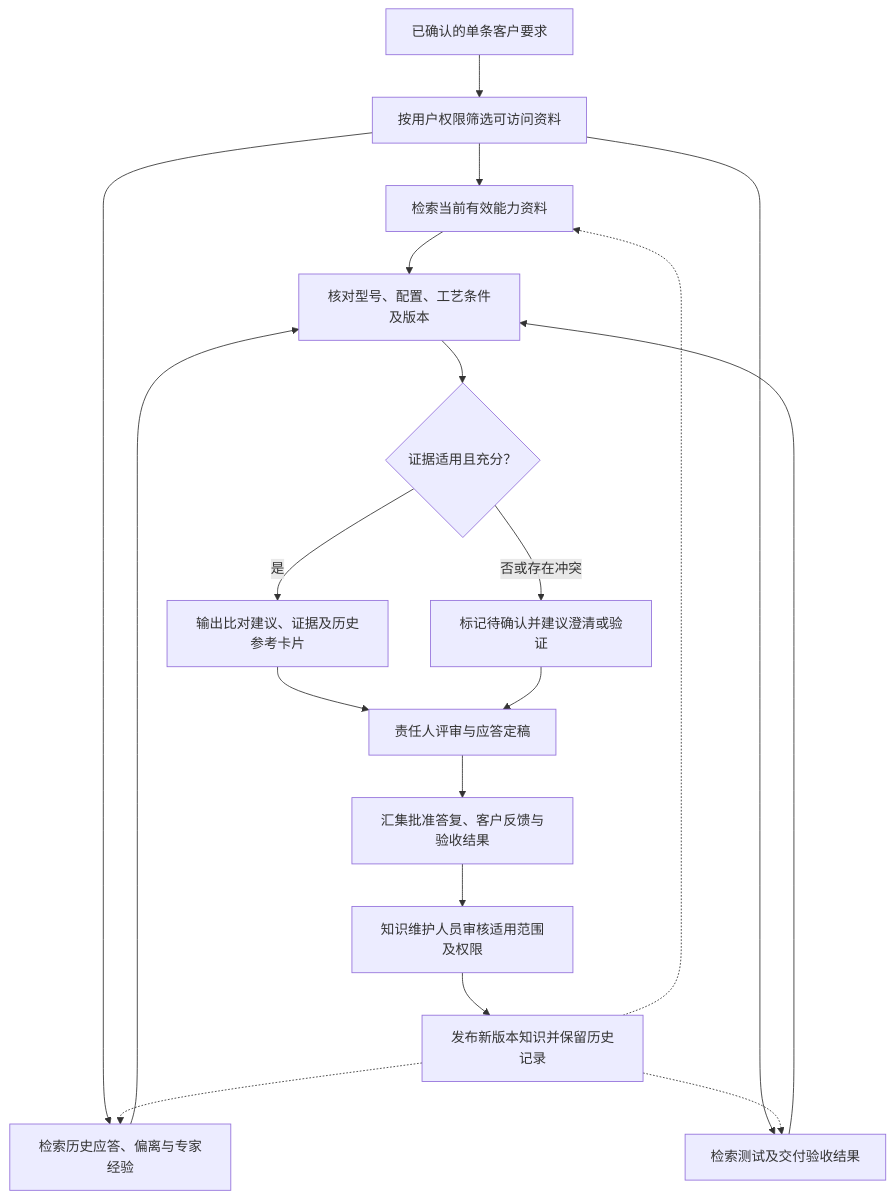
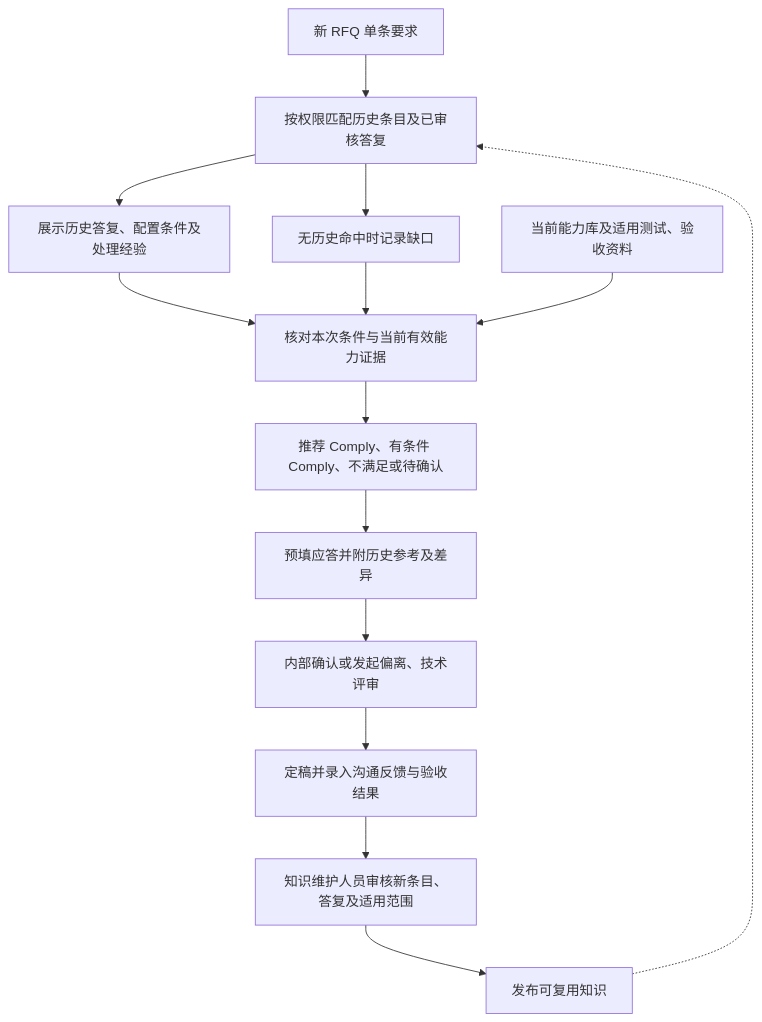
Before and after one commit to mingming11115/fep-rfq-agent: the second of 4 diagrams in FEP销售RFQ提效Agent_PRD_v0.1.md, drawn with Mermaid. The commit also changed other lines of this file, not shown here.

Commit message:
docs: clarify historical RFQ comply matching and detail workflow steps

````diff
--- a/FEP销售RFQ提效Agent_PRD_v0.1.md
+++ b/FEP销售RFQ提效Agent_PRD_v0.1.md
@@ -167,21 +290,16 @@
 ```mermaid
 flowchart TD
-    A["已确认的单条客户要求"] --> B["按用户权限筛选可访问资料"]
-    B --> C["检索当前有效能力资料"]
-    B --> D["检索历史应答、偏离与专家经验"]
-    B --> E["检索测试及交付验收结果"]
-    C --> F["核对型号、配置、工艺条件及版本"]
-    D --> F
-    E --> F
-    F --> G{"证据适用且充分？"}
-    G -->|是| H["输出比对建议、证据及历史参考卡片"]
-    G -->|否或存在冲突| I["标记待确认并建议澄清或验证"]
-    H --> J["责任人评审与应答定稿"]
-    I --> J
-    J --> K["汇集批准答复、客户反馈与验收结果"]
-    K --> L["知识维护人员审核适用范围及权限"]
-    L --> M["发布新版本知识并保留历史记录"]
-    M -.-> C
-    M -.-> D
-    M -.-> E
+    A["新 RFQ 单条要求"] --> B["按权限匹配历史条目及已审核答复"]
+    B --> C["展示历史答复、配置条件及处理经验"]
+    B --> D["无历史命中时记录缺口"]
+    C --> E["核对本次条件与当前有效能力证据"]
+    D --> E
+    K["当前能力库及适用测试、验收资料"] --> E
+    E --> F["推荐 Comply、有条件 Comply、不满足或待确认"]
+    F --> G["预填应答并附历史参考及差异"]
+    G --> H["内部确认或发起偏离、技术评审"]
+    H --> I["定稿并录入沟通反馈与验收结果"]
+    I --> J["知识维护人员审核新条目、答复及适用范围"]
+    J --> L["发布可复用知识"]
+    L -.-> B
 ```
````
